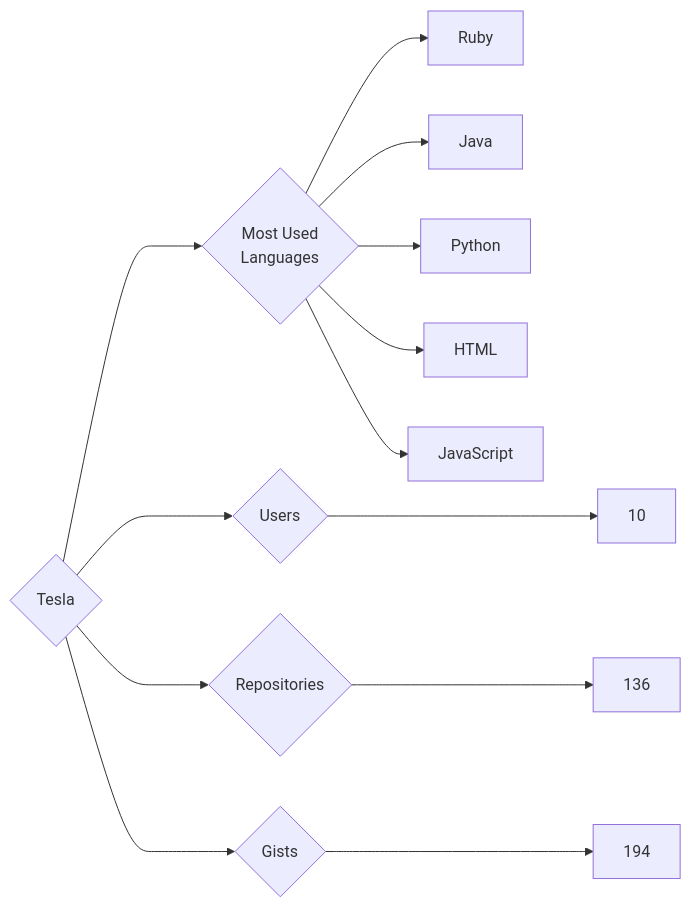
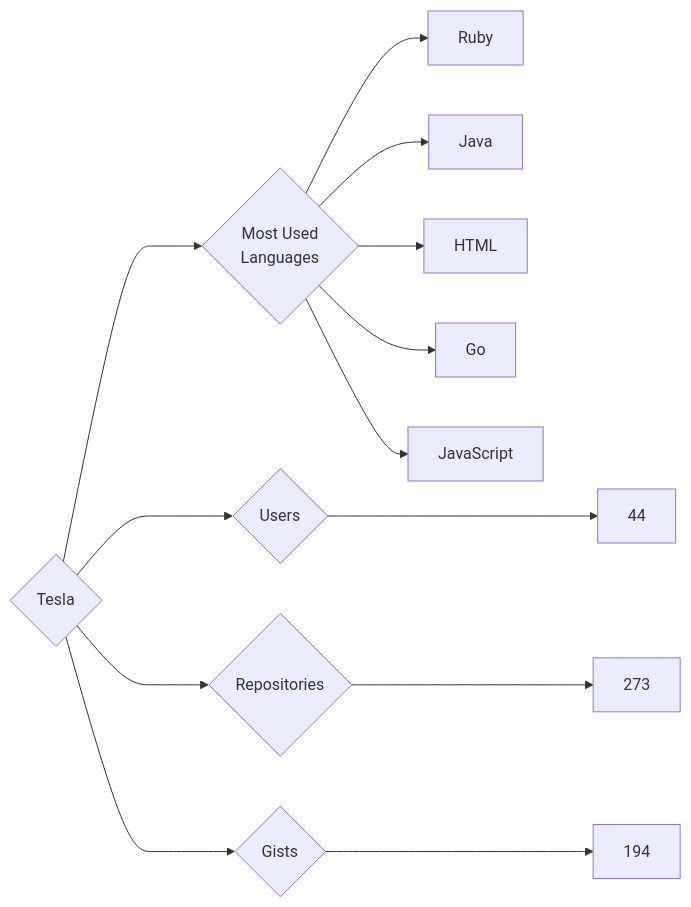
One commit to trickest/insiders changed the diagram in targets/Tesla/README.md. Above: the diagram before and after it, drawn with Mermaid. The commit also changed 895 other files, not shown here.

````diff
--- a/targets/Tesla/README.md
+++ b/targets/Tesla/README.md
@@ -3,13 +3,13 @@
 ```mermaid
 graph LR
 COMPANY_NAME{Tesla}
-COMPANY_NAME ---> U{Users} ---> UN[10]
-COMPANY_NAME ---> R{Repositories} ---> RN[136]
+COMPANY_NAME ---> U{Users} ---> UN[44]
+COMPANY_NAME ---> R{Repositories} ---> RN[273]
 COMPANY_NAME ---> G{Gists} ---> GN[194]
 COMPANY_NAME ---> ML{Most Used<br>Languages}
 ML --> Ruby[Ruby]
 ML --> Java[Java]
-ML --> Python[Python]
 ML --> HTML[HTML]
+ML --> Go[Go]
 ML --> JavaScript[JavaScript]
 ```
````
